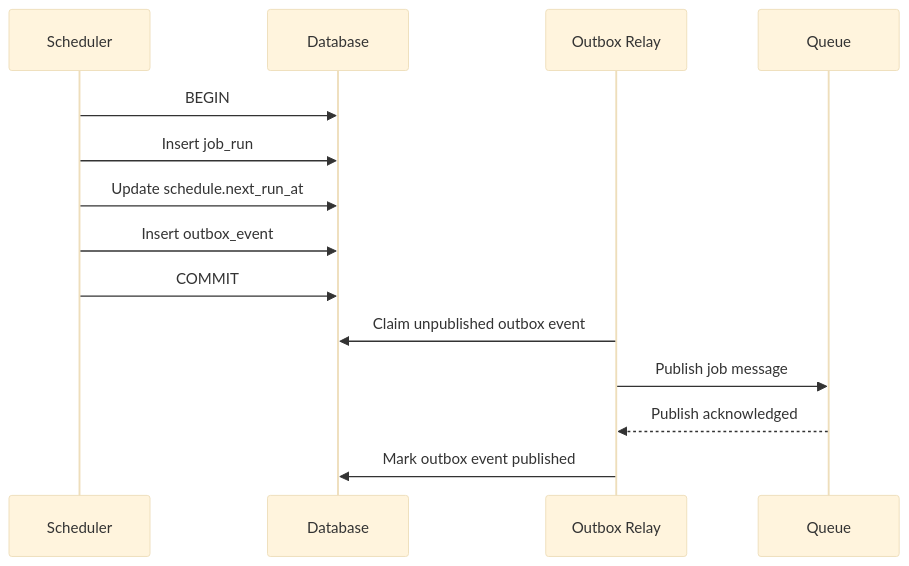
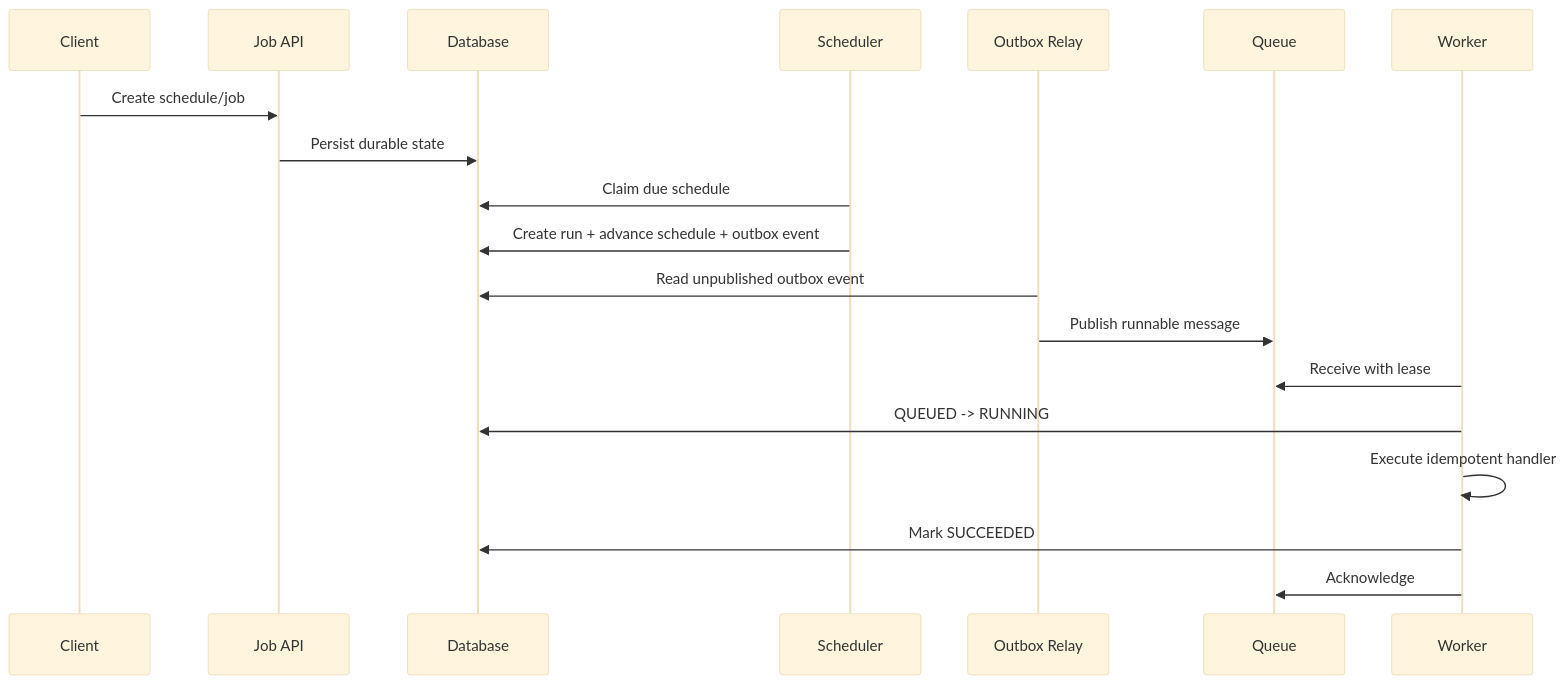
One commit to AvadhBhalodiya/Interview-Preparation changed the second of 4 diagrams in src/content/system-design/job-scheduler.md. Above: the diagram before and after it, drawn with Mermaid (base theme). The commit also changed other lines of this file and 54 other files, not shown here.

````diff
--- a/src/content/system-design/job-scheduler.md
+++ b/src/content/system-design/job-scheduler.md
@@ -231,17 +221,22 @@
 ```mermaid
 sequenceDiagram
+    participant C as Client
+    participant API as Job API
+    participant DB as Database
     participant S as Scheduler
-    participant DB as Database
     participant R as Outbox Relay
     participant Q as Queue
+    participant W as Worker
 
-    S->>DB: BEGIN
-    S->>DB: Insert job_run
-    S->>DB: Update schedule.next_run_at
-    S->>DB: Insert outbox_event
-    S->>DB: COMMIT
-    R->>DB: Claim unpublished outbox event
-    R->>Q: Publish job message
-    Q-->>R: Publish acknowledged
-    R->>DB: Mark outbox event published
+    C->>API: Create schedule/job
+    API->>DB: Persist durable state
+    S->>DB: Claim due schedule
+    S->>DB: Create run + advance schedule + outbox event
+    R->>DB: Read unpublished outbox event
+    R->>Q: Publish runnable message
+    W->>Q: Receive with lease
+    W->>DB: QUEUED -> RUNNING
+    W->>W: Execute idempotent handler
+    W->>DB: Mark SUCCEEDED
+    W->>Q: Acknowledge
 ```
````
